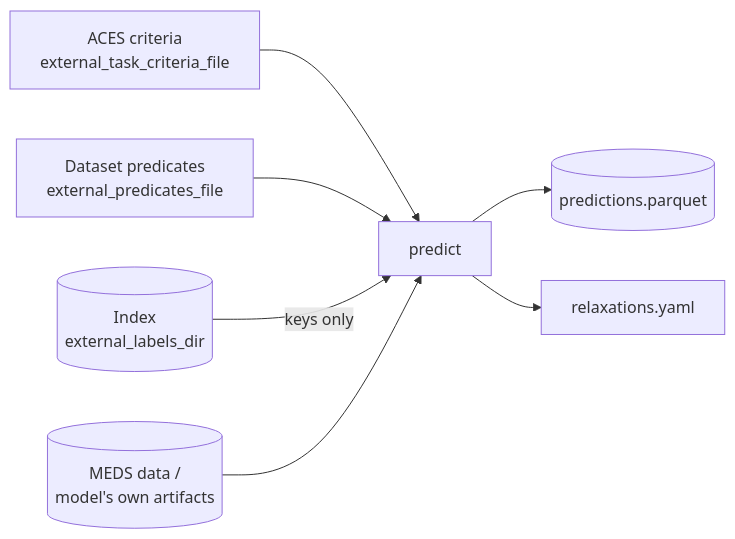
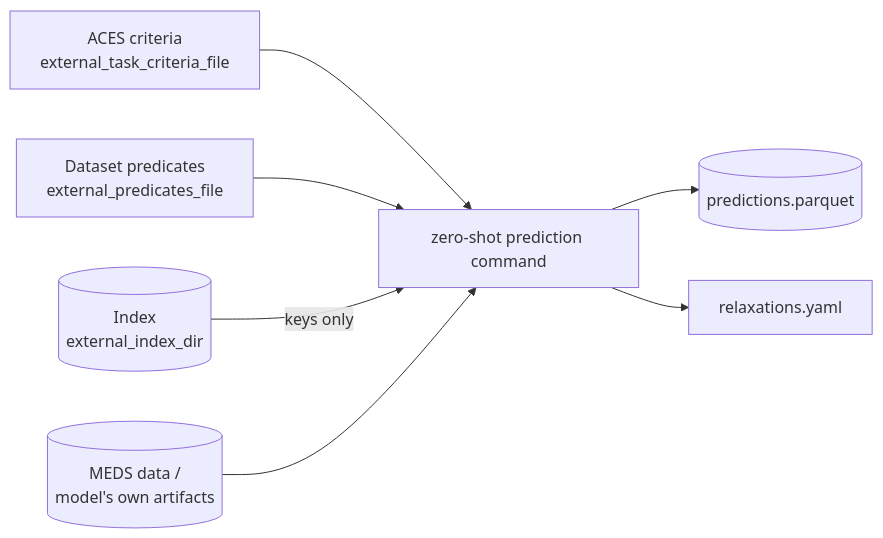
One commit to McDermottHealthAI/MEDS_algorithm_template changed the diagram in docs/zero-shot.md. Above: the diagram before and after it, drawn with Mermaid. The commit also changed other lines of this file and 51 other files, not shown here.

````diff
--- a/docs/zero-shot.md
+++ b/docs/zero-shot.md
@@ -10,9 +10,9 @@
 ```mermaid
 flowchart LR
     crit[ACES criteria<br/>external_task_criteria_file] --> pr
     pred[Dataset predicates<br/>external_predicates_file] --> pr
-    idx[(Index<br/>external_labels_dir)] -- keys only --> pr
+    idx[(Index<br/>external_index_dir)] -- keys only --> pr
     data[(MEDS data /<br/>model's own artifacts)] --> pr
-    pr[predict] --> out[(predictions.parquet)]
+    pr[zero-shot prediction command] --> out[(predictions.parquet)]
     pr --> led[relaxations.yaml]
 ```
````
